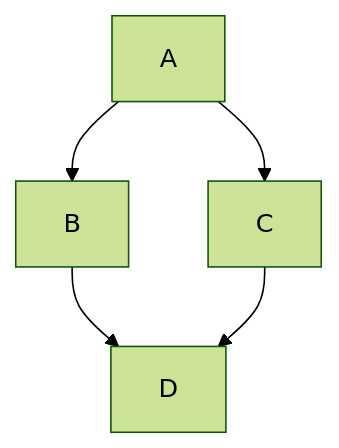
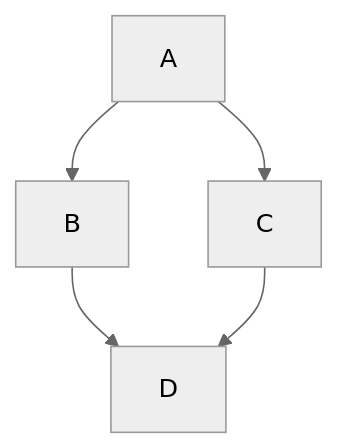
Before and after one commit to DragonStorm97/DragonStorm97.github.io: the diagram in content/_index.md, drawn with Mermaid. The commit also changed other lines of this file and 1 other file, not shown here.

Commit message:
TEMPORARILY override theme partials/scripts.html to enable mermaid graphs on index page

````diff
--- a/content/_index.md
+++ b/content/_index.md
@@ -43,8 +44,8 @@
 ```mermaid
-%%{init: {'theme':'forest'}}%%
+%%{init: {'theme':'neutral'}}%%
 graph TD;
   A-->B;
   A-->C;
   B-->D;
   C-->D;
 ```
````
